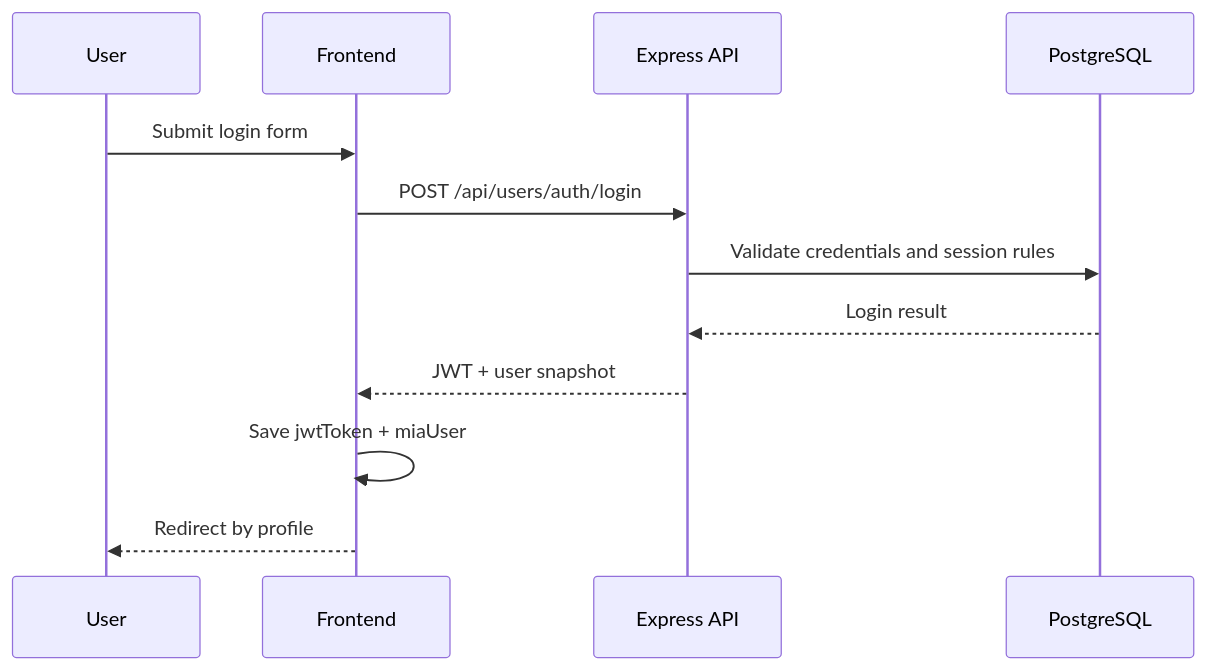
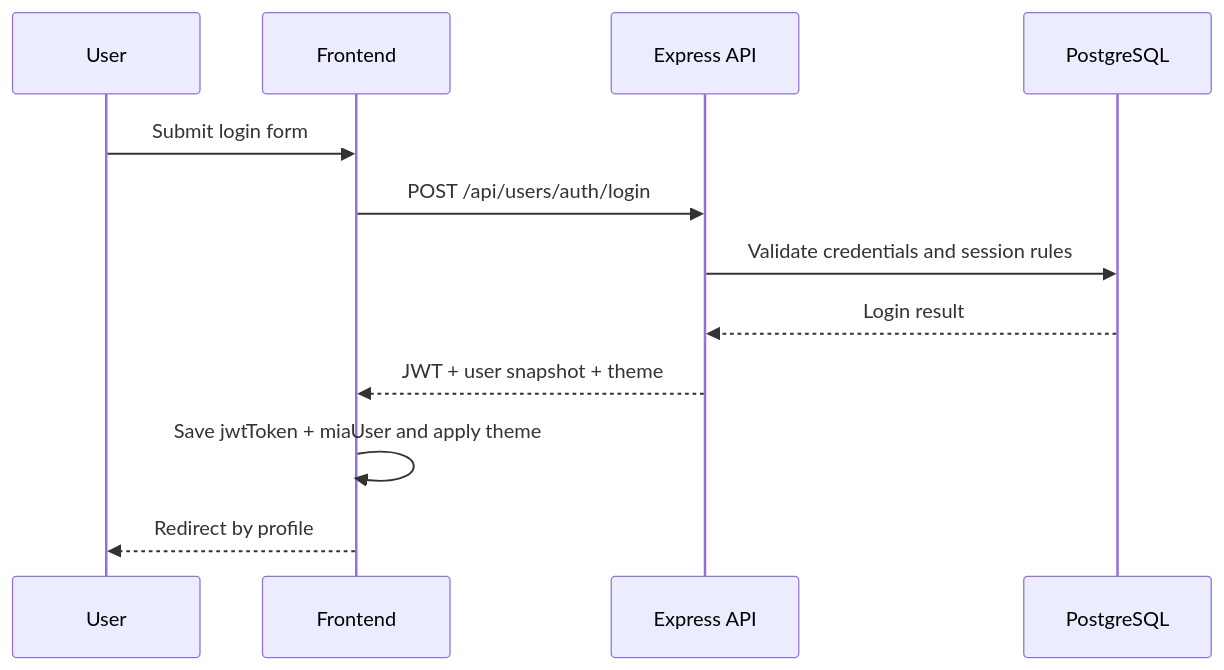
Before and after one commit to bulletproof20/MiaCaoMigo_Engineering: the first of 2 diagrams in 04_Architecture/02_Application/01_Website_Flows.md, drawn with Mermaid. The commit also changed other lines of this file and 4 other files, not shown here.

````diff
--- a/04_Architecture/02_Application/01_Website_Flows.md
+++ b/04_Architecture/02_Application/01_Website_Flows.md
@@ -41,15 +41,15 @@
 ```mermaid
 sequenceDiagram
     participant U as User
     participant FE as Frontend
     participant API as Express API
     participant DB as PostgreSQL
 
     U->>FE: Submit login form
     FE->>API: POST /api/users/auth/login
     API->>DB: Validate credentials and session rules
     DB-->>API: Login result
-    API-->>FE: JWT + user snapshot
-    FE->>FE: Save jwtToken + miaUser
+    API-->>FE: JWT + user snapshot + theme
+    FE->>FE: Save jwtToken + miaUser and apply theme
     FE-->>U: Redirect by profile
 ```
````
